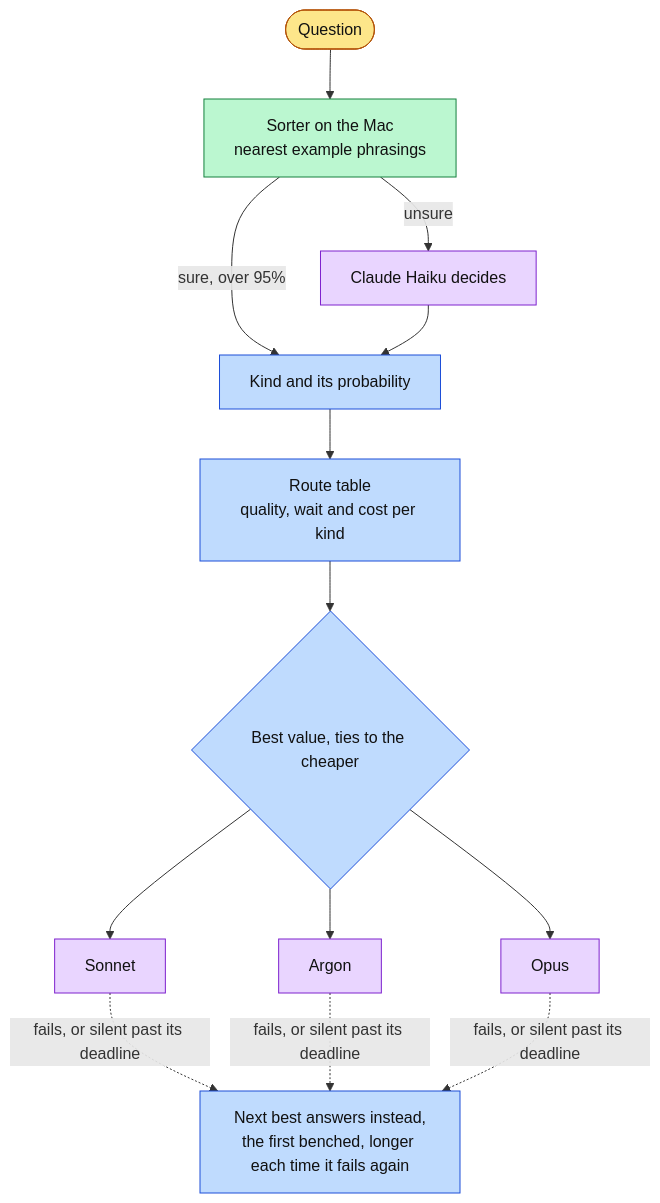
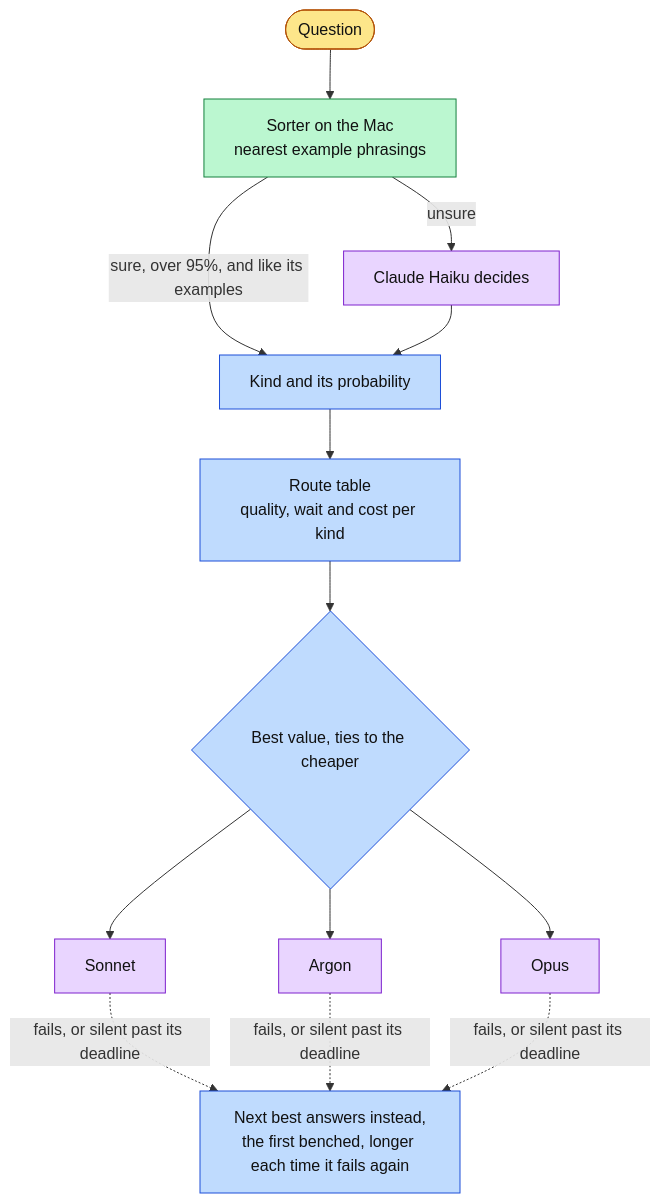
The second of 5 diagrams in docs/how-it-works.md (projects-hacks/buddy), drawn with Mermaid before and after one commit. The commit also changed other lines of this file and 5 other files, not shown here.

````diff
--- a/docs/how-it-works.md
+++ b/docs/how-it-works.md
@@ -57,20 +57,20 @@
 ```mermaid
 flowchart TD
     question([Question]):::input --> local[Sorter on the Mac<br/>nearest example phrasings]:::device
-    local -->|sure, over 95%| kind[Kind and its probability]:::logic
+    local -->|sure, over 95%, and like its examples| kind[Kind and its probability]:::logic
     local -->|unsure| haiku[Claude Haiku decides]:::cloud
     haiku --> kind
     kind --> table[Route table<br/>quality, wait and cost per kind]:::logic
     table --> pick{Best value, ties to the cheaper}:::logic
     pick --> sonnet[Sonnet]:::cloud
     pick --> argon[Argon]:::cloud
     pick --> opus[Opus]:::cloud
     sonnet -. fails, or silent past its deadline .-> next[Next best answers instead,<br/>the first benched, longer each time it fails again]:::logic
     argon -. fails, or silent past its deadline .-> next
     opus -. fails, or silent past its deadline .-> next
 
     classDef input fill:#fde68a,stroke:#b45309,color:#111
     classDef device fill:#bbf7d0,stroke:#15803d,color:#111
     classDef logic fill:#bfdbfe,stroke:#1d4ed8,color:#111
     classDef cloud fill:#e9d5ff,stroke:#7e22ce,color:#111
 ```
````
